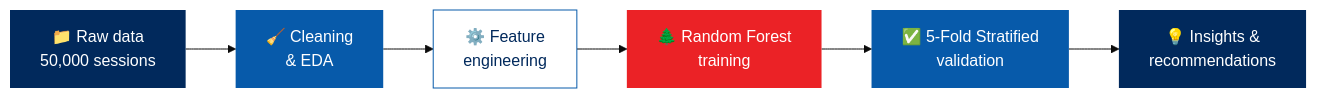
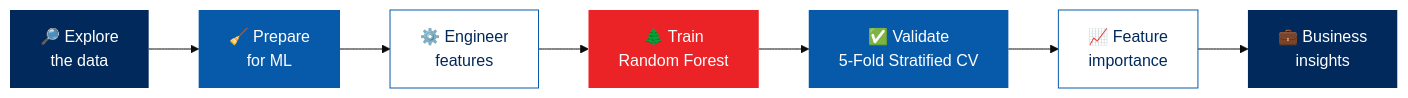
The first of 4 diagrams in README.md (paraskosambe-web/British-Airways-Data-Science-Job-Simulation), drawn with Mermaid (base theme) before and after one commit. The commit also changed other lines of this file, not shown here.

Commit message:
Update README with project overview and insights

````diff
--- a/README.md
+++ b/README.md
@@ -85,14 +45,16 @@
 ```mermaid
 flowchart LR
-    A["📁 Raw data<br/>50,000 sessions"] --> B["🧹 Cleaning<br/>& EDA"]
-    B --> C["⚙️ Feature<br/>engineering"]
-    C --> D["🌲 Random Forest<br/>training"]
-    D --> E["✅ 5-Fold Stratified<br/>validation"]
-    E --> F["💡 Insights &<br/>recommendations"]
+    A["🔎 Explore<br/>the data"] --> B["🧹 Prepare<br/>for ML"]
+    B --> C["⚙️ Engineer<br/>features"]
+    C --> D["🌲 Train<br/>Random Forest"]
+    D --> E["✅ Validate<br/>5-Fold Stratified CV"]
+    E --> F["📈 Feature<br/>importance"]
+    F --> G["💼 Business<br/>insights"]
     style A fill:#01295c,stroke:none,color:#fff
     style B fill:#075aaa,stroke:none,color:#fff
     style C fill:#ffffff,stroke:#075aaa,color:#01295c
     style D fill:#eb2226,stroke:none,color:#fff
     style E fill:#075aaa,stroke:none,color:#fff
-    style F fill:#01295c,stroke:none,color:#fff
+    style F fill:#ffffff,stroke:#075aaa,color:#01295c
+    style G fill:#01295c,stroke:none,color:#fff
 ```
````
